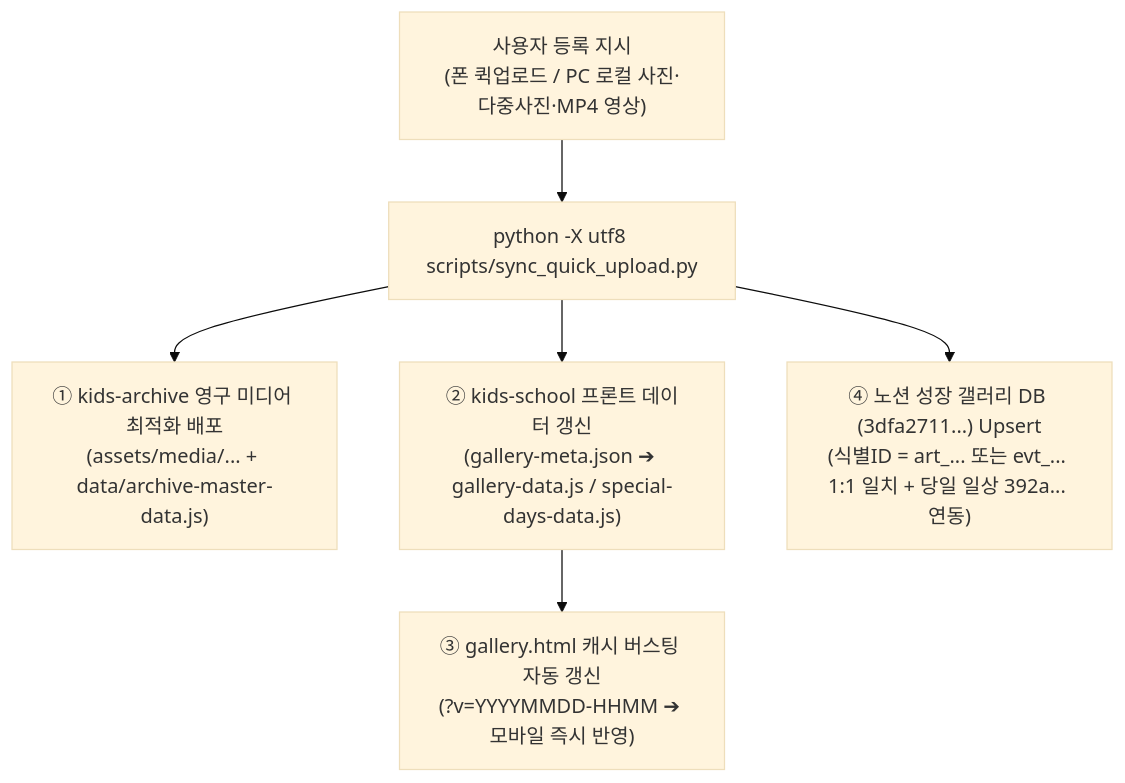
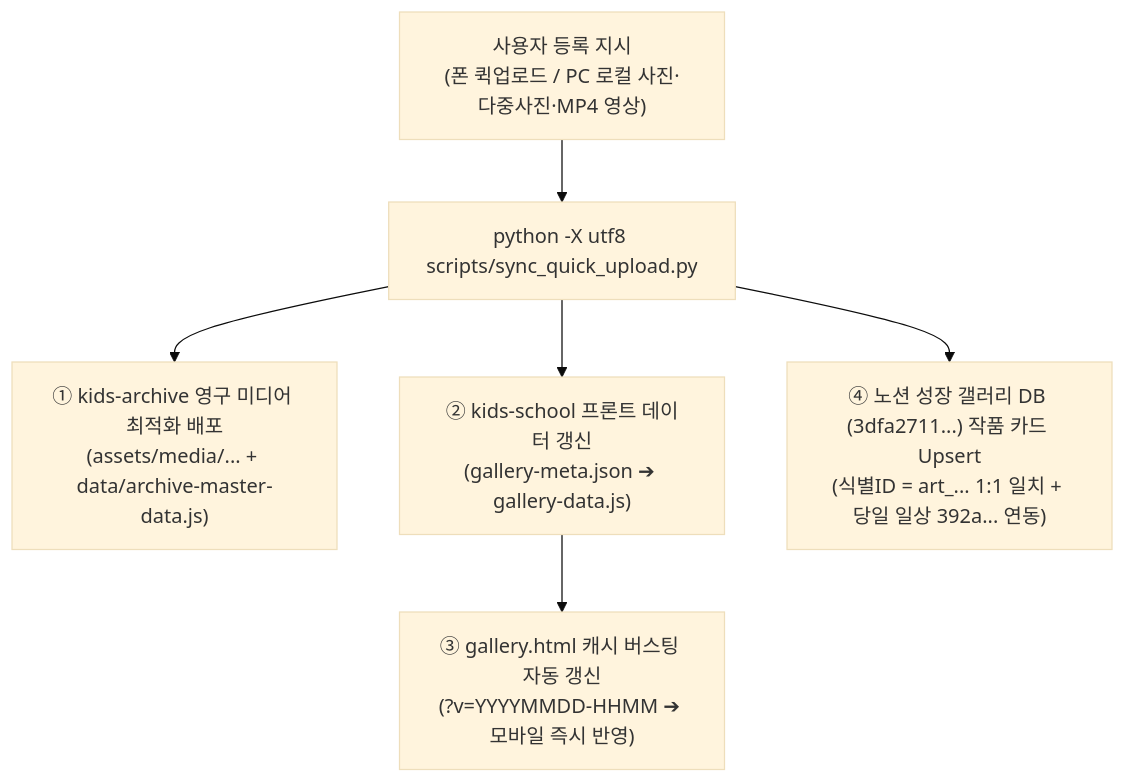
Before and after one commit to awslike6-web/kids-school: the diagram in docs/gallery_archive_spec.md, drawn with Mermaid (base theme). The commit also changed other lines of this file and 3 other files, not shown here.

````diff
--- a/docs/gallery_archive_spec.md
+++ b/docs/gallery_archive_spec.md
@@ -23,8 +27,8 @@
 ```mermaid
 flowchart TD
     A["사용자 등록 지시<br>(폰 퀵업로드 / PC 로컬 사진·다중사진·MP4 영상)"] --> B["python -X utf8 scripts/sync_quick_upload.py"]
     B --> C["① kids-archive 영구 미디어 최적화 배포<br>(assets/media/... + data/archive-master-data.js)"]
-    B --> D["② kids-school 프론트 데이터 갱신<br>(gallery-meta.json ➔ gallery-data.js / special-days-data.js)"]
+    B --> D["② kids-school 프론트 데이터 갱신<br>(gallery-meta.json ➔ gallery-data.js)"]
     D --> E["③ gallery.html 캐시 버스팅 자동 갱신<br>(?v=YYYYMMDD-HHMM ➔ 모바일 즉시 반영)"]
-    B --> F["④ 노션 성장 갤러리 DB (3dfa2711...) Upsert<br>(식별ID = art_... 또는 evt_... 1:1 일치 + 당일 일상 392a... 연동)"]
+    B --> F["④ 노션 성장 갤러리 DB (3dfa2711...) 작품 카드 Upsert<br>(식별ID = art_... 1:1 일치 + 당일 일상 392a... 연동)"]
 ```
````
